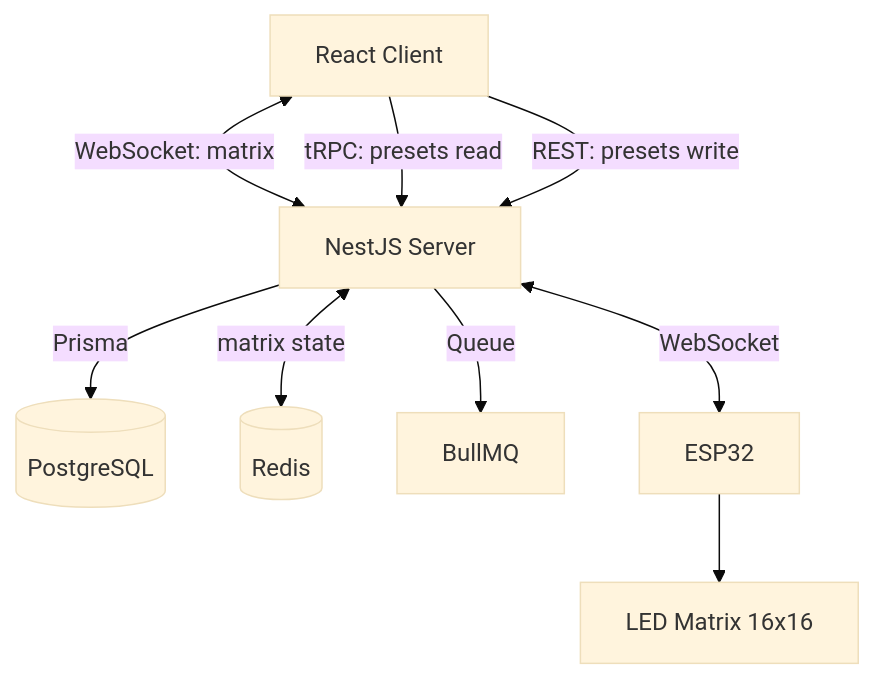
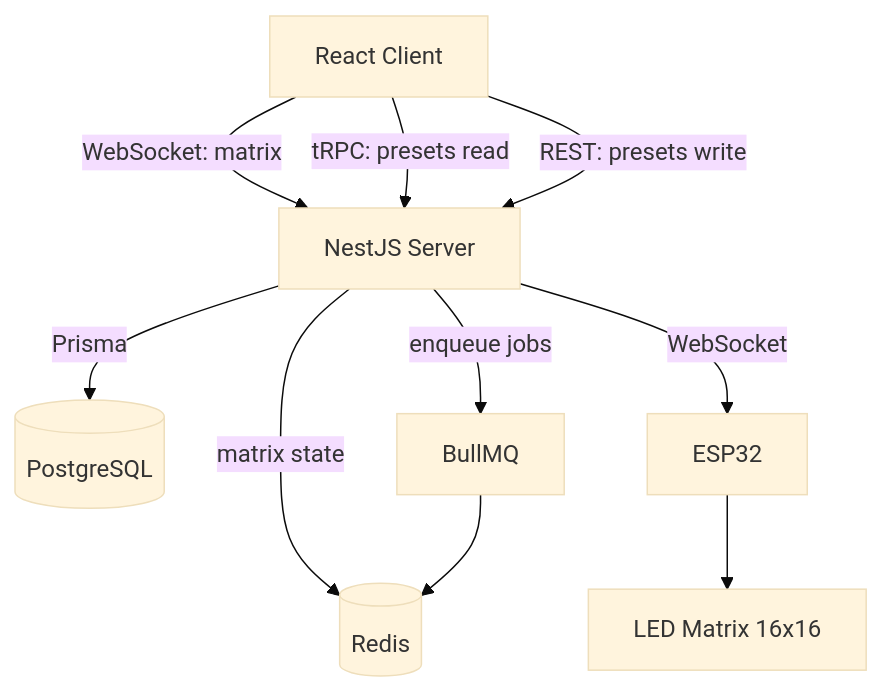
The first of 2 diagrams in README.md (foxx32v/luminus), drawn with Mermaid (base theme) before and after one commit. The commit also changed other lines of this file and 19 other files, not shown here.

````diff
--- a/README.md
+++ b/README.md
@@ -39,11 +42,19 @@
 ```mermaid
 flowchart TD
-    Client[React Client] <-->|WebSocket: matrix| Server[NestJS Server]
+    Client[React Client]
+    Server[NestJS Server]
+    DB[(PostgreSQL)]
+    Redis[(Redis)]
+    BullMQ[BullMQ]
+    ESP32[ESP32]
+    Matrix[LED Matrix 16x16]
+    Client -->|WebSocket: matrix| Server
     Client -->|tRPC: presets read| Server
     Client -->|REST: presets write| Server
-    Server -->|Prisma| DB[(PostgreSQL)]
-    Server <-->|matrix state| Redis[(Redis)]
-    Server -->|Queue| BullMQ[BullMQ]
-    Server <-->|WebSocket| ESP32[ESP32]
-    ESP32 --> Matrix[LED Matrix 16x16]
+    Server -->|Prisma| DB
+    Server -->|matrix state| Redis
+    Server -->|enqueue jobs| BullMQ
+    BullMQ --> Redis
+    Server -->|WebSocket| ESP32
+    ESP32 --> Matrix
 ```
````
